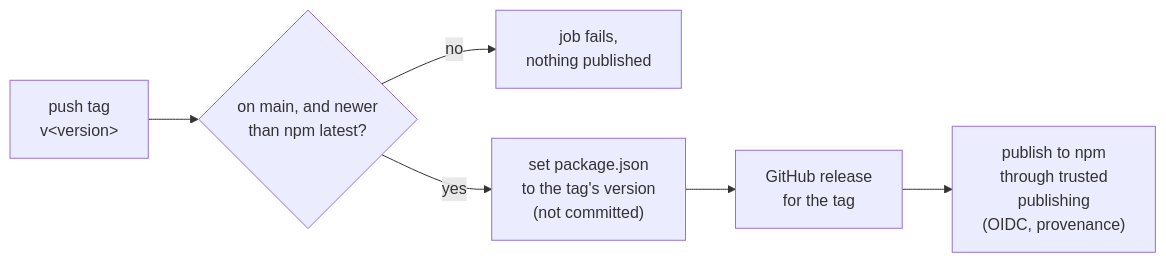
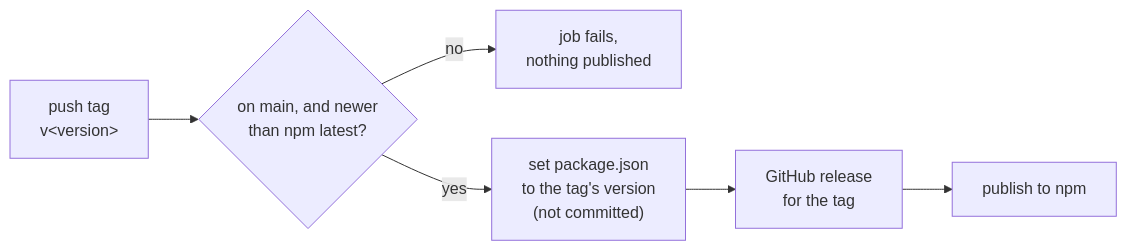
Before and after one commit to anaclumos/tokenmaxxing: the first of 2 diagrams in docs/content/docs/distribution.mdx, drawn with Mermaid. The commit also changed other lines of this file and 1 other file, not shown here.

````diff
--- a/docs/content/docs/distribution.mdx
+++ b/docs/content/docs/distribution.mdx
@@ -18,8 +20,8 @@
 ```mermaid
 flowchart LR
   tag["push tag<br/>v#lt;version#gt;"] --> check{"on main, and newer<br/>than npm latest?"}
   check -->|"no"| fail["job fails,<br/>nothing published"]
   check -->|"yes"| set["set package.json<br/>to the tag's version<br/>(not committed)"]
   set --> release["GitHub release<br/>for the tag"]
-  release --> publish["publish to npm<br/>through trusted<br/>publishing<br/>(OIDC, provenance)"]
+  release --> publish["publish to npm"]
 ```
````
